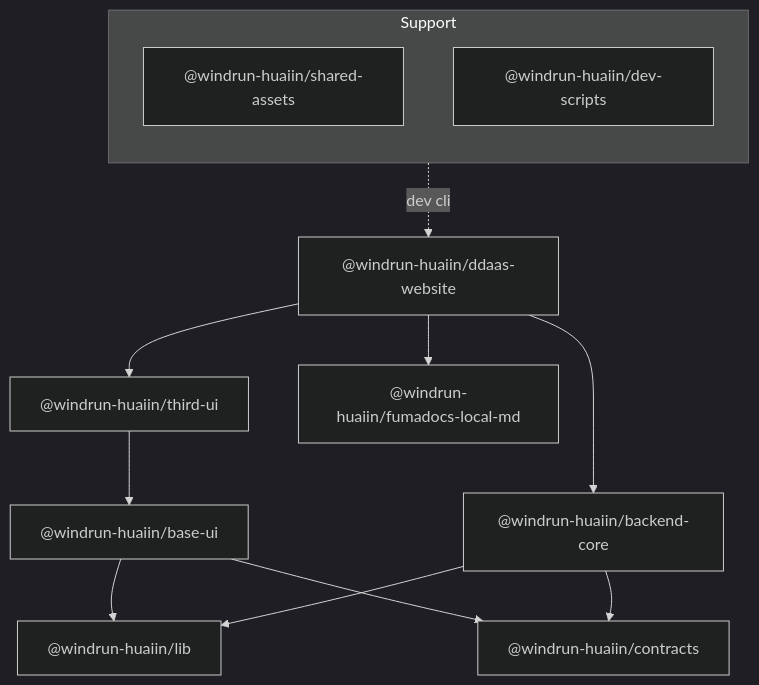
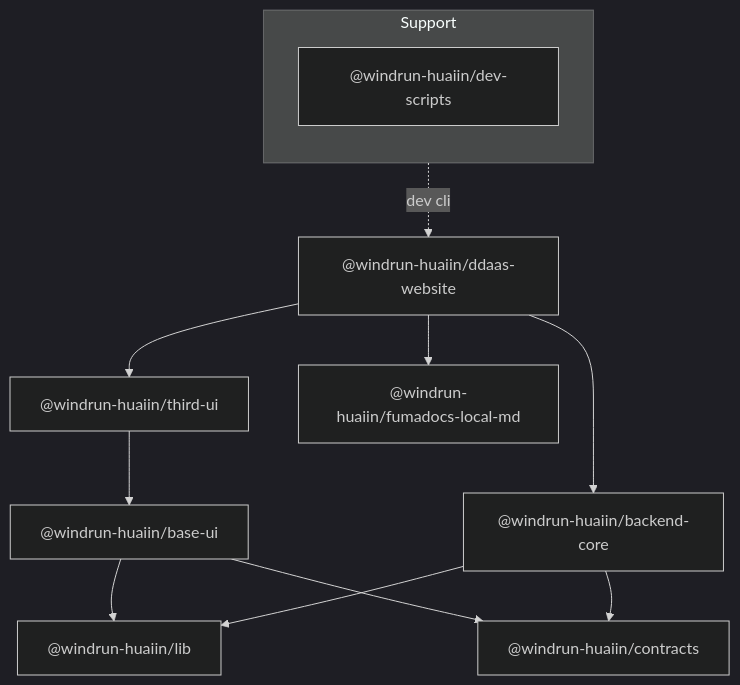
One commit to caofanCPU/next-ai-build changed the diagram in README.md. Above: the diagram before and after it, drawn with Mermaid (dark theme). The commit also changed 9 other files, not shown here.

Commit message:
refactor(shared-assets): remove shared-assets package and related scripts from the project

````diff
--- a/README.md
+++ b/README.md
@@ -14,31 +14,30 @@
 ```mermaid
 graph TD
     direction TB
 
     subgraph Support
         direction TB
-        S1["@windrun-huaiin/shared-assets"]
-        S2["@windrun-huaiin/dev-scripts"]
+        S1["@windrun-huaiin/dev-scripts"]
     end
 
     A["@windrun-huaiin/ddaas-website"]
     B["@windrun-huaiin/third-ui"]
     D["@windrun-huaiin/fumadocs-local-md"]
     C["@windrun-huaiin/backend-core"]
     E["@windrun-huaiin/base-ui"]
     F["@windrun-huaiin/lib"]
     G["@windrun-huaiin/contracts"]
 
     A --> B
     A --> C
     A --> D
 
     B --> E
     E --> F
     E --> G
 
     C --> F
     C --> G
 
     Support -.->|dev cli| A
 ```
````
